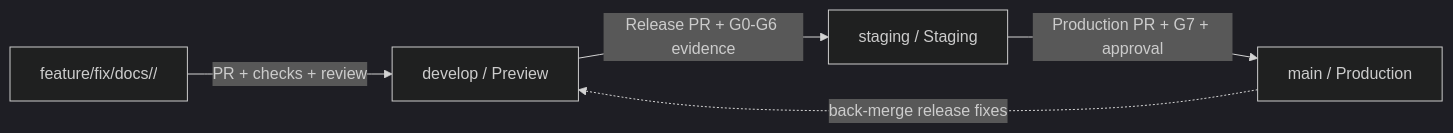
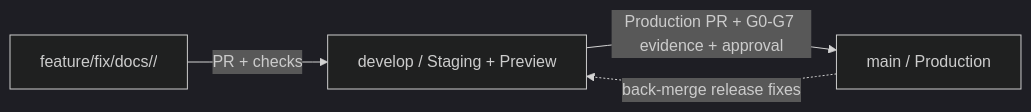
One commit to Y4NN777/226os changed the diagram in docs/GIT_WORKFLOW.md. Above: the diagram before and after it, drawn with Mermaid (dark theme). The commit also changed other lines of this file and 6 other files, not shown here.

First line of the commit message:
docs: promote develop as production candidate (#5)

````diff
--- a/docs/GIT_WORKFLOW.md
+++ b/docs/GIT_WORKFLOW.md
@@ -45,7 +44,6 @@
 ```mermaid
 graph LR
-  W[feature/fix/docs/<domain>/<name>] -->|PR + checks + review| D[develop / Preview]
-  D -->|Release PR + G0-G6 evidence| S[staging / Staging]
-  S -->|Production PR + G7 + approval| M[main / Production]
+  W[feature/fix/docs/<domain>/<name>] -->|PR + checks| D[develop / Staging + Preview]
+  D -->|Production PR + G0-G7 evidence + approval| M[main / Production]
   M -.->|back-merge release fixes| D
 ```
````
